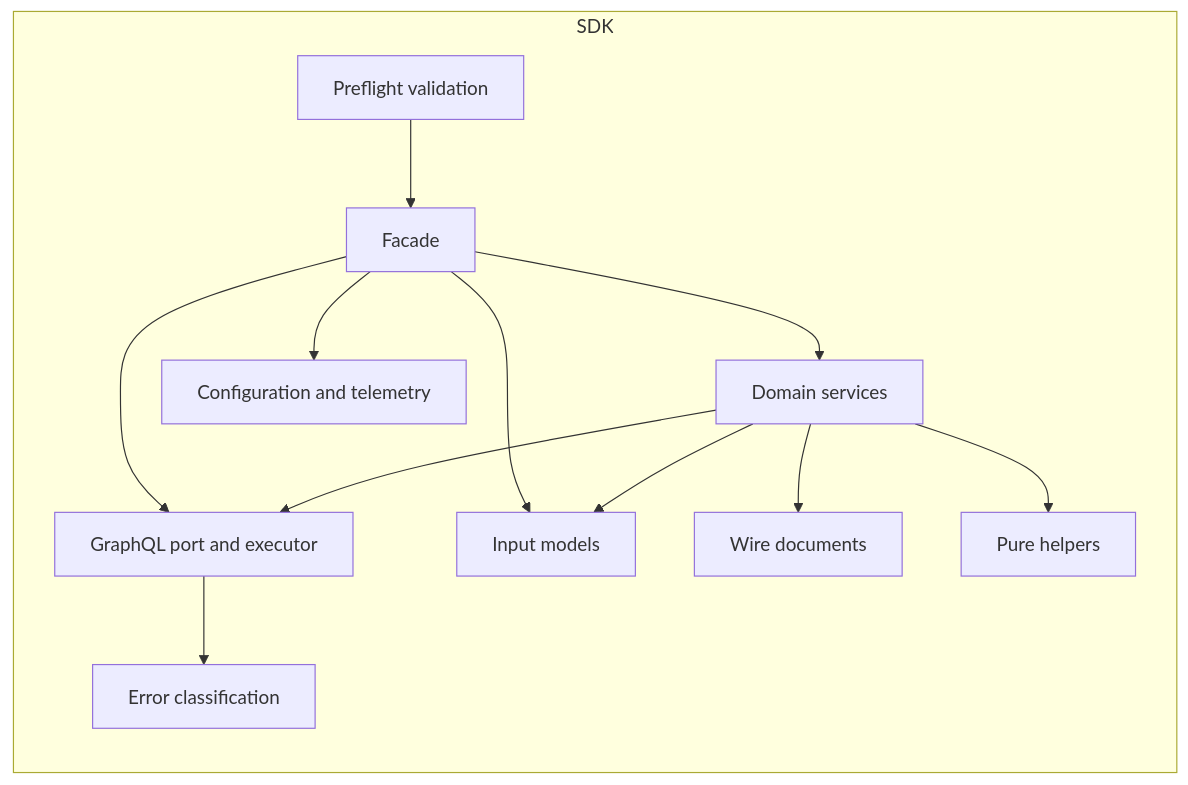
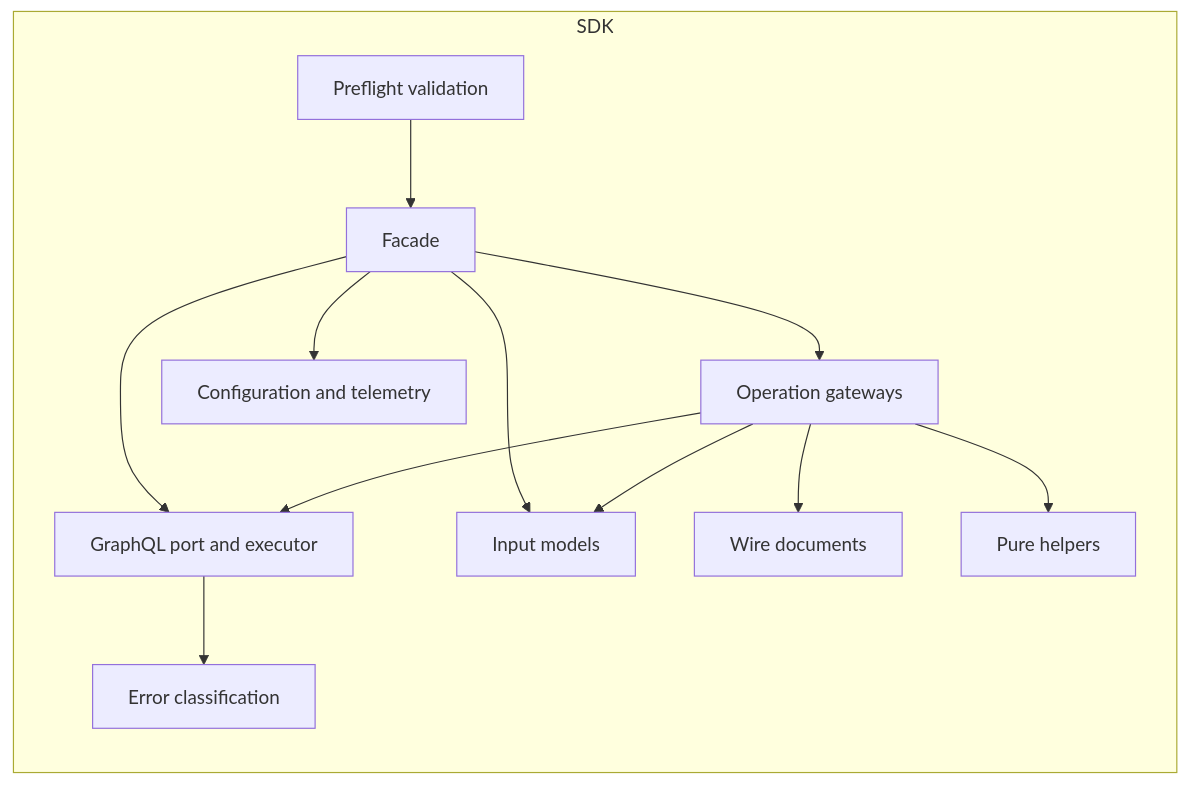
The fourth of 11 diagrams in docs/contributing/architecture.md (abhinyaay/ai-toolkit), drawn with Mermaid before and after one commit. The commit also changed other lines of this file, not shown here.

````diff
--- a/docs/contributing/architecture.md
+++ b/docs/contributing/architecture.md
@@ -300,26 +300,26 @@
 ```mermaid
 flowchart TB
     subgraph sdk["SDK"]
         direction TB
         preflight["Preflight validation"]
         facade["Facade"]
-        services["Domain services"]
+        services["Operation gateways"]
         documents["Wire documents"]
         port["GraphQL port and executor"]
         models["Input models"]
         errors["Error classification"]
         helpers["Pure helpers"]
         config["Configuration and telemetry"]
     end
 
     preflight --> facade
     facade --> services
     facade --> port
     facade --> models
     facade --> config
     services --> documents
     services --> port
     services --> models
     services --> helpers
     port --> errors
 ```
````
